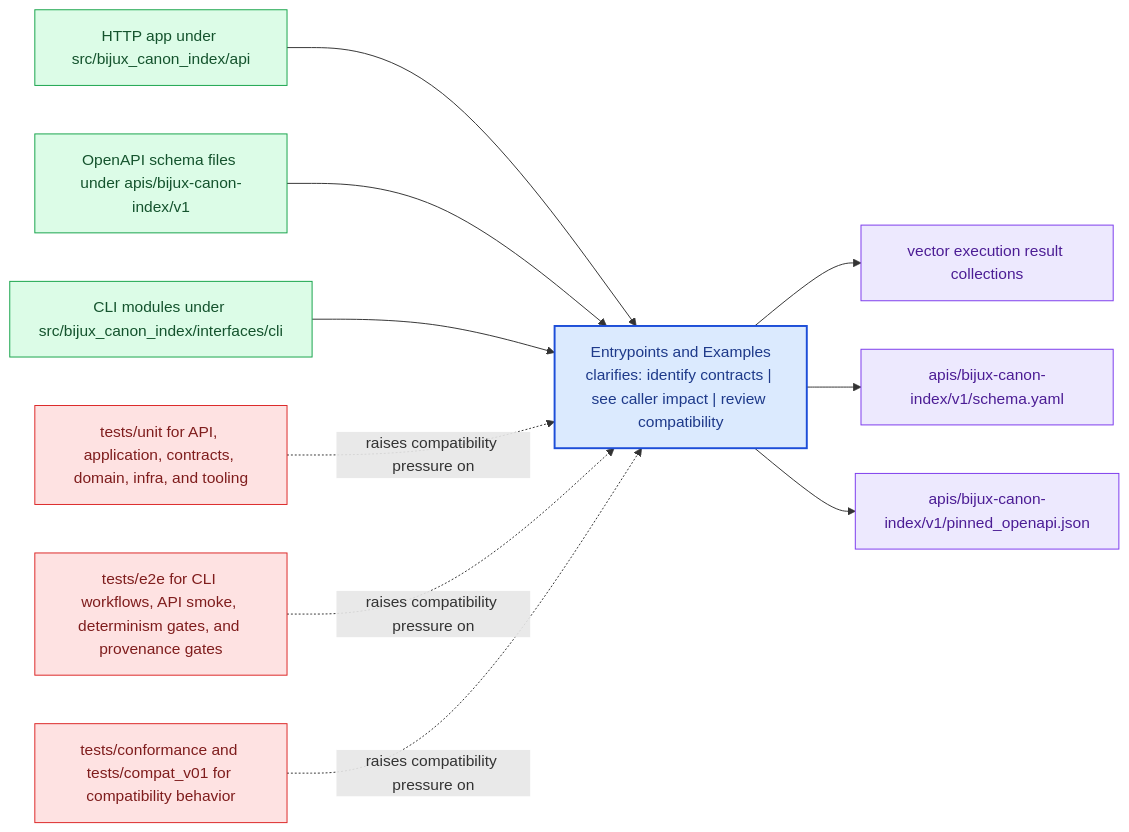
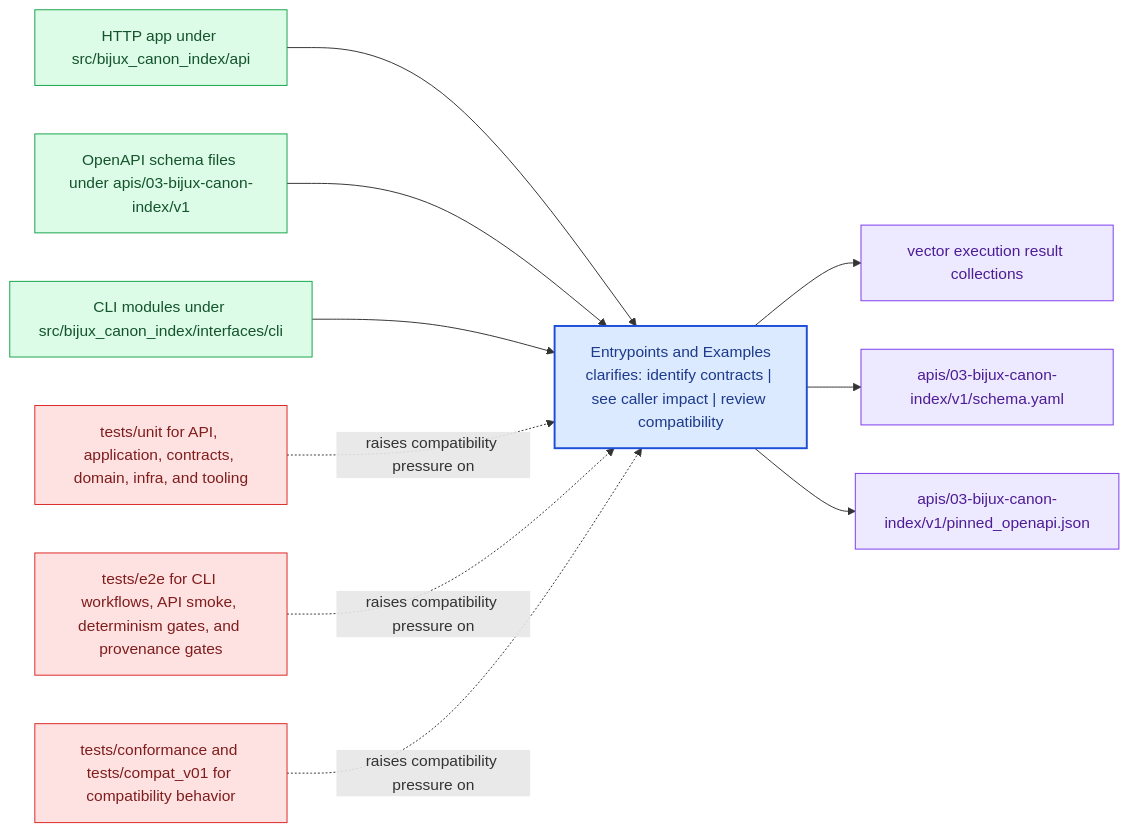
The diagram in docs/03-bijux-canon-index/interfaces/entrypoints-and-examples.md (bijux/bijux-canon), drawn with Mermaid before and after one commit. The commit also changed other lines of this file and 167 other files, not shown here.

````diff
--- a/docs/03-bijux-canon-index/interfaces/entrypoints-and-examples.md
+++ b/docs/03-bijux-canon-index/interfaces/entrypoints-and-examples.md
@@ -22,31 +22,31 @@
 ```mermaid
 flowchart LR
     page["Entrypoints and Examples<br/>clarifies: identify contracts | see caller impact | review compatibility"]
     classDef page fill:#dbeafe,stroke:#1d4ed8,color:#1e3a8a,stroke-width:2px;
     classDef positive fill:#dcfce7,stroke:#16a34a,color:#14532d;
     classDef caution fill:#fee2e2,stroke:#dc2626,color:#7f1d1d;
     classDef anchor fill:#ede9fe,stroke:#7c3aed,color:#4c1d95;
     classDef action fill:#fef3c7,stroke:#d97706,color:#7c2d12;
     surface1["HTTP app under src/bijux_canon_index/api"]
     surface1 --> page
-    surface2["OpenAPI schema files under apis/bijux-canon-index/v1"]
+    surface2["OpenAPI schema files under apis/03-bijux-canon-index/v1"]
     surface2 --> page
     surface3["CLI modules under src/bijux_canon_index/interfaces/cli"]
     surface3 --> page
     proof1["vector execution result collections"]
     page --> proof1
-    proof2["apis/bijux-canon-index/v1/schema.yaml"]
+    proof2["apis/03-bijux-canon-index/v1/schema.yaml"]
     page --> proof2
-    proof3["apis/bijux-canon-index/v1/pinned_openapi.json"]
+    proof3["apis/03-bijux-canon-index/v1/pinned_openapi.json"]
     page --> proof3
     review1["tests/unit for API, application, contracts, domain, infra, and tooling"]
     review1 -.raises compatibility pressure on.-> page
     review2["tests/e2e for CLI workflows, API smoke, determinism gates, and provenance gates"]
     review2 -.raises compatibility pressure on.-> page
     review3["tests/conformance and tests/compat_v01 for compatibility behavior"]
     review3 -.raises compatibility pressure on.-> page
     class page page;
     class surface1,surface2,surface3 positive;
     class proof1,proof2,proof3 anchor;
     class review1,review2,review3 caution;
 ```
````
